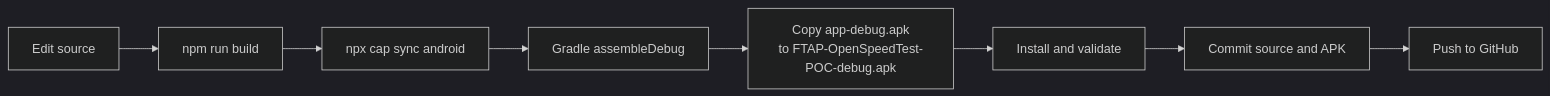
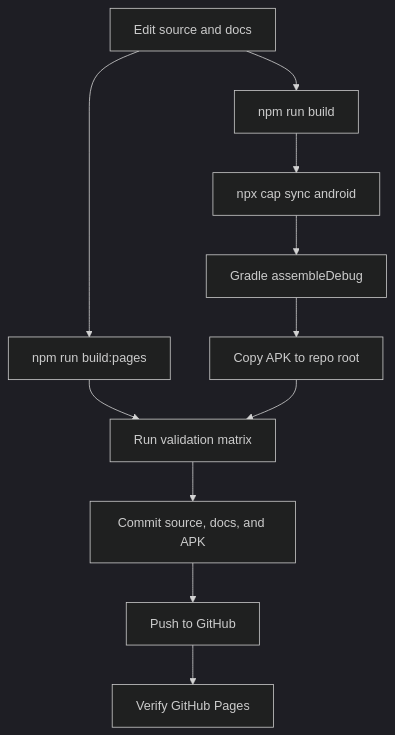
One commit to rgalor-ca/openspeedtest-ftap-poc changed the eighth of 10 diagrams in docs/DOCUMENTATION.md. Above: the diagram before and after it, drawn with Mermaid (dark theme). The commit also changed other lines of this file and 5 other files, not shown here.

````diff
--- a/docs/DOCUMENTATION.md
+++ b/docs/DOCUMENTATION.md
@@ -364,19 +377,20 @@
 ```mermaid
-flowchart LR
-  Code["Edit source"]
-  Build["npm run build"]
+flowchart TB
+  Source["Edit source and docs"]
+  WebBuild["npm run build"]
+  PagesBuild["npm run build:pages"]
   Sync["npx cap sync android"]
-  APK["Gradle assembleDebug"]
-  Copy["Copy app-debug.apk<br/>to FTAP-OpenSpeedTest-POC-debug.apk"]
-  Validate["Install and validate"]
-  Commit["Commit source and APK"]
+  Gradle["Gradle assembleDebug"]
+  Copy["Copy APK to repo root"]
+  Validate["Run validation matrix"]
+  Commit["Commit source, docs, and APK"]
   Push["Push to GitHub"]
+  Pages["Verify GitHub Pages"]
 
-  Code --> Build
-  Build --> Sync
-  Sync --> APK
-  APK --> Copy
+  Source --> WebBuild
+  Source --> PagesBuild
+  WebBuild --> Sync --> Gradle --> Copy
+  PagesBuild --> Validate
   Copy --> Validate
-  Validate --> Commit
-  Commit --> Push
+  Validate --> Commit --> Push --> Pages
 ```
````
